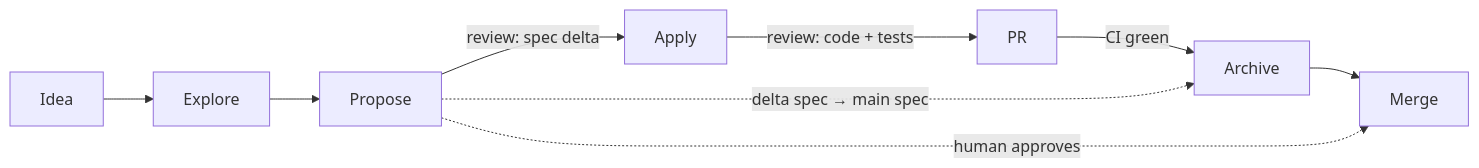
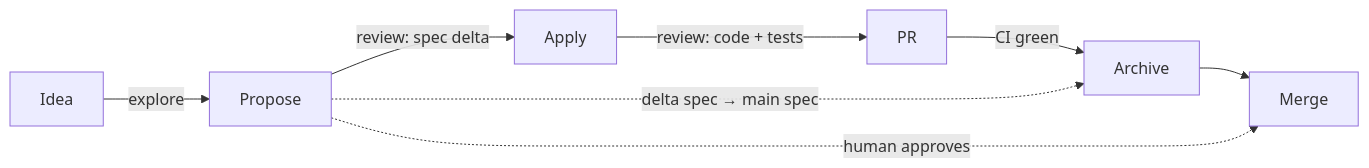
The third of 3 diagrams in README.md (aanbrn/axon-showcase), drawn with Mermaid before and after one commit. The commit also changed other lines of this file, not shown here.

Commit message:
Balance toolbar clearance against diagram text size
GitHub scales each diagram to the column width, so right-side padding shrinks the text; keep it small (115-145) and trim the spec-flow loop (fold Explore into an edge label) so all three clear the toolbar while their text stays as large as a wide diagram allows.

````diff
--- a/README.md
+++ b/README.md
@@ -199,10 +201,11 @@
 ```mermaid
+%%{init: {"flowchart": {"diagramPadding": 115}}}%%
 flowchart LR
-    Idea --> Explore --> Propose
+    Idea -->|"explore"| Propose
     Propose -->|"review: spec delta"| Apply
     Apply -->|"review: code + tests"| PR
     PR -->|"CI green"| Archive
     Archive --> Merge
     Propose -.->|"human approves"| Merge
     Propose -.->|"delta spec → main spec"| Archive
 ```
````
